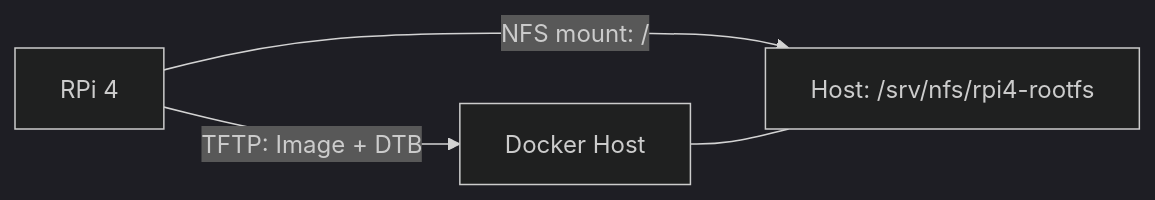
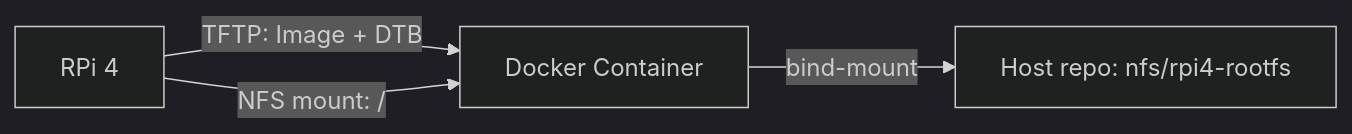
Before and after one commit to solitontech/arm-embedded-linux-lab: the second of 2 diagrams in docs/raspi4/uboot_tftp_boot.md, drawn with Mermaid (dark theme). The commit also changed other lines of this file and 3 other files, not shown here.

First line of the commit message:
docs: fix gaps in NFS rootfs commit (27f1536)

````diff
--- a/docs/raspi4/uboot_tftp_boot.md
+++ b/docs/raspi4/uboot_tftp_boot.md
@@ -131,6 +131,6 @@
 ```mermaid
 flowchart LR
-    A["RPi 4"] -->|"TFTP: Image + DTB"| B["Docker Host"]
-    A -->|"NFS mount: /"| C["Host: /srv/nfs/rpi4-rootfs"]
-    B --- C
+    A["RPi 4"] -->|"TFTP: Image + DTB"| B["Docker Container"]
+    A -->|"NFS mount: /"| B
+    B -->|"bind-mount"| C["Host repo: nfs/rpi4-rootfs"]
 ```
````
